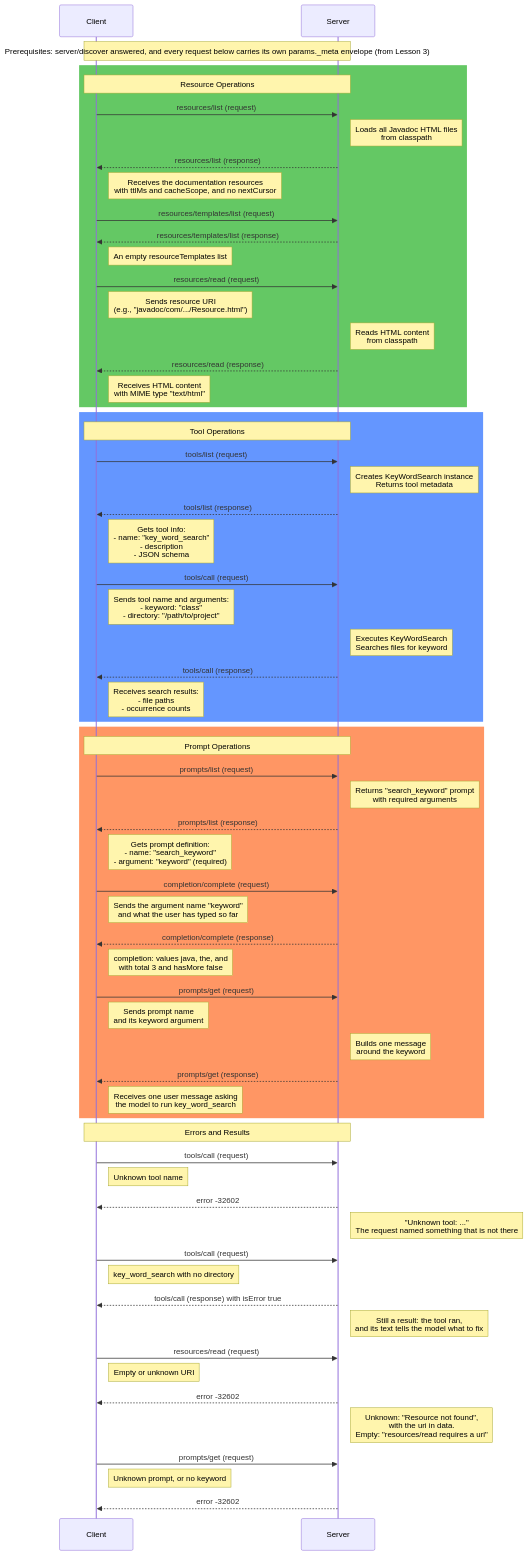
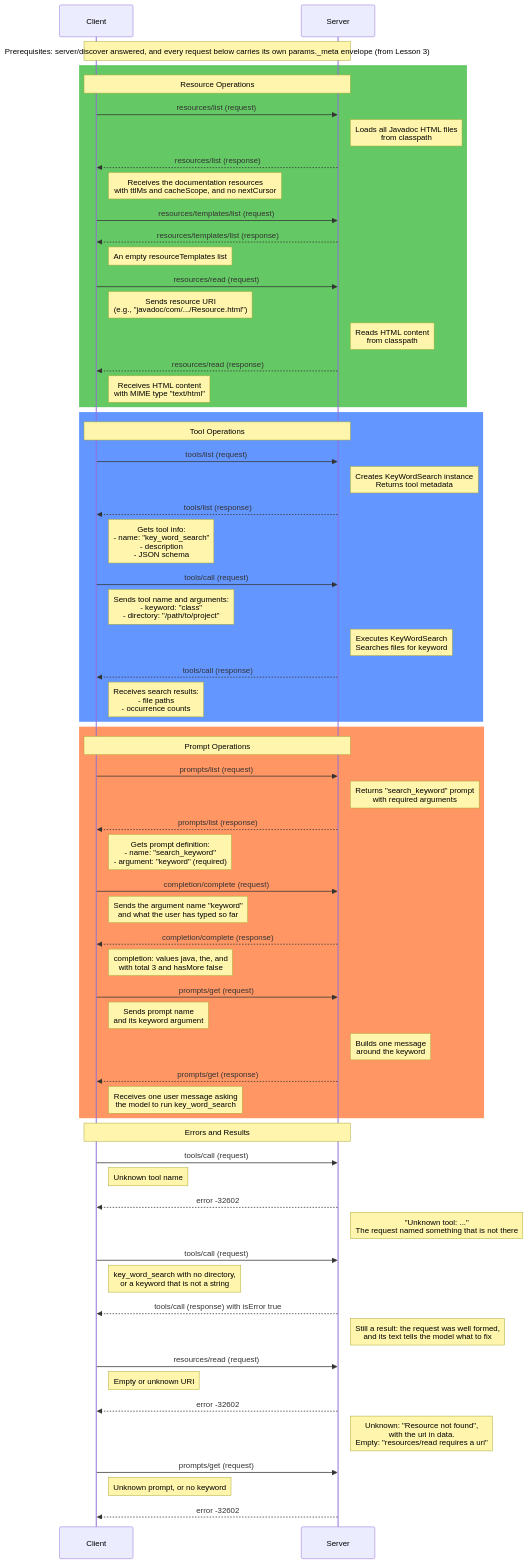
The diagram in lessons/04-mcp-message-flow.md (David-Parry/agent-mcp-workshop), drawn with Mermaid before and after one commit. The commit also changed other lines of this file and 6 other files, not shown here.

First line of the commit message:
Chapter 04: correct the isError, directory-test and NUL-byte notes, and the class diagram.

````diff
--- a/lessons/04-mcp-message-flow.md
+++ b/lessons/04-mcp-message-flow.md
@@ -5,79 +5,79 @@
 ```mermaid
 sequenceDiagram
     participant Client
     participant Server
     
     Note over Client,Server: Prerequisites: server/discover answered, and every request below carries its own params._meta envelope (from Lesson 3)
     
     rect rgb(100, 200, 100)
         Note over Client,Server: Resource Operations
         Client->>Server: resources/list (request)
         Note right of Server: Loads all Javadoc HTML files<br/>from classpath
         Server-->>Client: resources/list (response)
         Note right of Client: Receives the documentation resources<br/>with ttlMs and cacheScope, and no nextCursor
         
         Client->>Server: resources/templates/list (request)
         Server-->>Client: resources/templates/list (response)
         Note right of Client: An empty resourceTemplates list
         
         Client->>Server: resources/read (request)
         Note right of Client: Sends resource URI<br/>(e.g., "javadoc/com/.../Resource.html")
         Note right of Server: Reads HTML content<br/>from classpath
         Server-->>Client: resources/read (response)
         Note right of Client: Receives HTML content<br/>with MIME type "text/html"
     end
     
     rect rgb(100, 150, 255)
         Note over Client,Server: Tool Operations
         Client->>Server: tools/list (request)
         Note right of Server: Creates KeyWordSearch instance<br/>Returns tool metadata
         Server-->>Client: tools/list (response)
         Note right of Client: Gets tool info:<br/>- name: "key_word_search"<br/>- description<br/>- JSON schema
         
         Client->>Server: tools/call (request)
         Note right of Client: Sends tool name and arguments:<br/>- keyword: "class"<br/>- directory: "/path/to/project"
         Note right of Server: Executes KeyWordSearch<br/>Searches files for keyword
         Server-->>Client: tools/call (response)
         Note right of Client: Receives search results:<br/>- file paths<br/>- occurrence counts
     end
     
     rect rgb(255, 150, 100)
         Note over Client,Server: Prompt Operations
         Client->>Server: prompts/list (request)
         Note right of Server: Returns "search_keyword" prompt<br/>with required arguments
         Server-->>Client: prompts/list (response)
         Note right of Client: Gets prompt definition:<br/>- name: "search_keyword"<br/>- argument: "keyword" (required)
         
         Client->>Server: completion/complete (request)
         Note right of Client: Sends the argument name "keyword"<br/>and what the user has typed so far
         Server-->>Client: completion/complete (response)
         Note right of Client: completion: values java, the, and<br/>with total 3 and hasMore false
         
         Client->>Server: prompts/get (request)
         Note right of Client: Sends prompt name<br/>and its keyword argument
         Note right of Server: Builds one message<br/>around the keyword
         Server-->>Client: prompts/get (response)
         Note right of Client: Receives one user message asking<br/>the model to run key_word_search
     end
     
     Note over Client,Server: Errors and Results
     
     Client->>Server: tools/call (request)
     Note right of Client: Unknown tool name
     Server-->>Client: error -32602
     Note right of Server: "Unknown tool: ..."<br/>The request named something that is not there
     
     Client->>Server: tools/call (request)
-    Note right of Client: key_word_search with no directory
+    Note right of Client: key_word_search with no directory,<br/>or a keyword that is not a string
     Server-->>Client: tools/call (response) with isError true
-    Note right of Server: Still a result: the tool ran,<br/>and its text tells the model what to fix
+    Note right of Server: Still a result: the request was well formed,<br/>and its text tells the model what to fix
     
     Client->>Server: resources/read (request)
     Note right of Client: Empty or unknown URI
     Server-->>Client: error -32602
     Note right of Server: Unknown: "Resource not found",<br/>with the uri in data.<br/>Empty: "resources/read requires a uri"
     
     Client->>Server: prompts/get (request)
     Note right of Client: Unknown prompt, or no keyword
     Server-->>Client: error -32602
 ```
````
